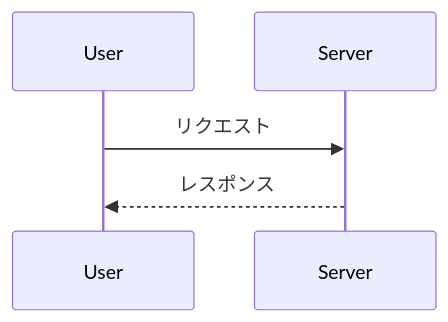
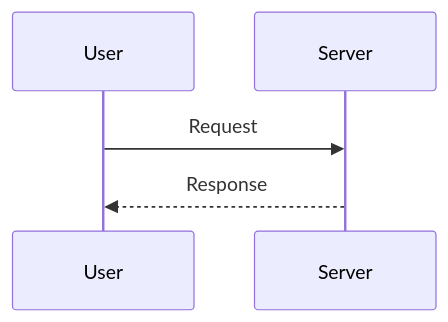
The second of 4 diagrams in tests/fixtures/sample.md (olibrauma/gazu), drawn with Mermaid before and after one commit. The commit also changed other lines of this file and 8 other files, not shown here.

````diff
--- a/tests/fixtures/sample.md
+++ b/tests/fixtures/sample.md
@@ -16,7 +16,7 @@
 ```mermaid
 sequenceDiagram
   participant U as User
   participant S as Server
-  U->>S: リクエスト
-  S-->>U: レスポンス
+  U->>S: Request
+  S-->>U: Response
 ```
````
